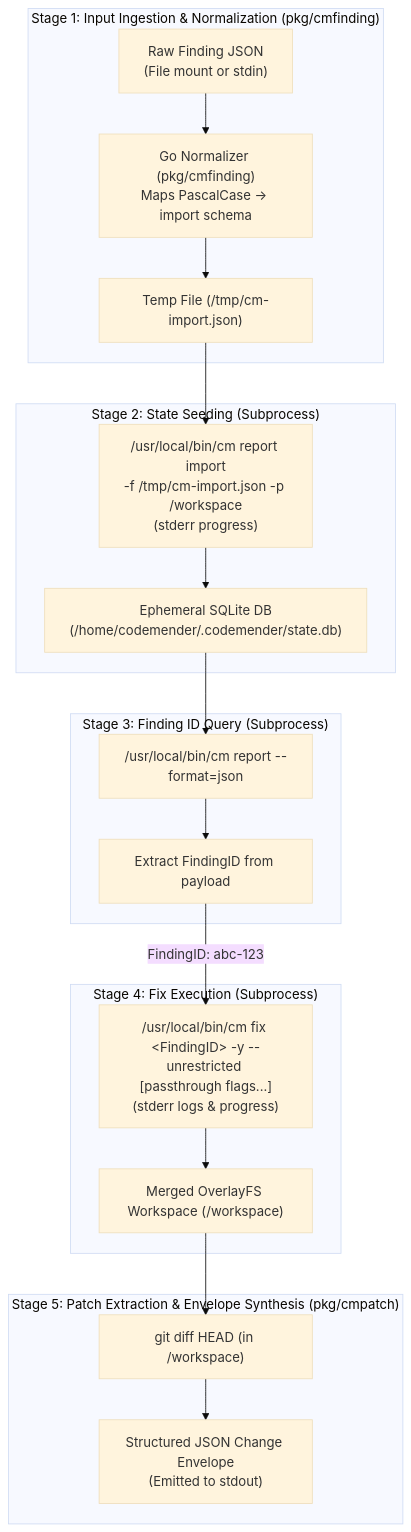
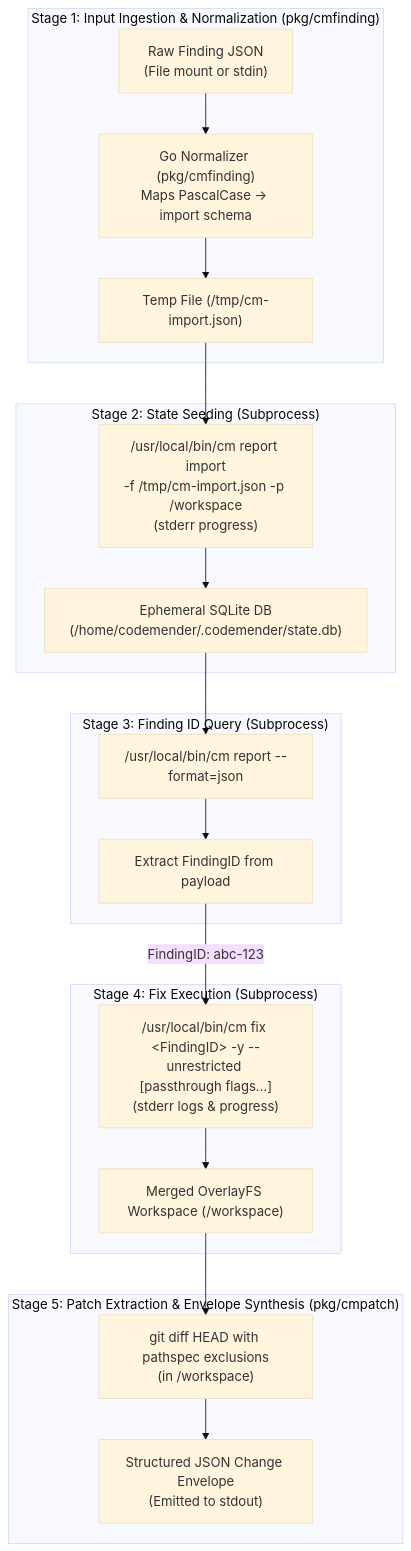
The first of 2 diagrams in adrs/ADR-0005.md (cledoux/cm-connect), drawn with Mermaid (base theme) before and after one commit. The commit also changed 8 other files, not shown here.

````diff
--- a/adrs/ADR-0005.md
+++ b/adrs/ADR-0005.md
@@ -167,35 +167,35 @@
 ```mermaid
 flowchart TD
     subgraph Input["Stage 1: Input Ingestion & Normalization (pkg/cmfinding)"]
         RawJSON["Raw Finding JSON<br>(File mount or stdin)"]
         Normalizer["Go Normalizer (pkg/cmfinding)<br>Maps PascalCase -> import schema"]
         ImportJSON["Temp File (/tmp/cm-import.json)"]
     end
 
     subgraph Ingest["Stage 2: State Seeding (Subprocess)"]
         CMImport["/usr/local/bin/cm report import<br>-f /tmp/cm-import.json -p /workspace<br>(stderr progress)"]
         EphemeralDB["Ephemeral SQLite DB<br>(/home/codemender/.codemender/state.db)"]
     end
 
     subgraph Resolve["Stage 3: Finding ID Query (Subprocess)"]
         CMReport["/usr/local/bin/cm report --format=json"]
         ExtractID["Extract FindingID from payload"]
     end
 
     subgraph Fix["Stage 4: Fix Execution (Subprocess)"]
         CMFix["/usr/local/bin/cm fix &lt;FindingID&gt; -y --unrestricted [passthrough flags...]<br>(stderr logs & progress)"]
         OverlayWS["Merged OverlayFS Workspace (/workspace)"]
     end
 
     subgraph Output["Stage 5: Patch Extraction & Envelope Synthesis (pkg/cmpatch)"]
-        GitDiff["git diff HEAD (in /workspace)"]
+        GitDiff["git diff HEAD with pathspec exclusions<br>(in /workspace)"]
         JSONEnvelope["Structured JSON Change Envelope<br>(Emitted to stdout)"]
     end
 
     RawJSON --> Normalizer --> ImportJSON
     ImportJSON --> CMImport --> EphemeralDB
     EphemeralDB --> CMReport --> ExtractID
     ExtractID -->|"FindingID: abc-123"| CMFix
     CMFix --> OverlayWS
     OverlayWS --> GitDiff --> JSONEnvelope
 ```
````
